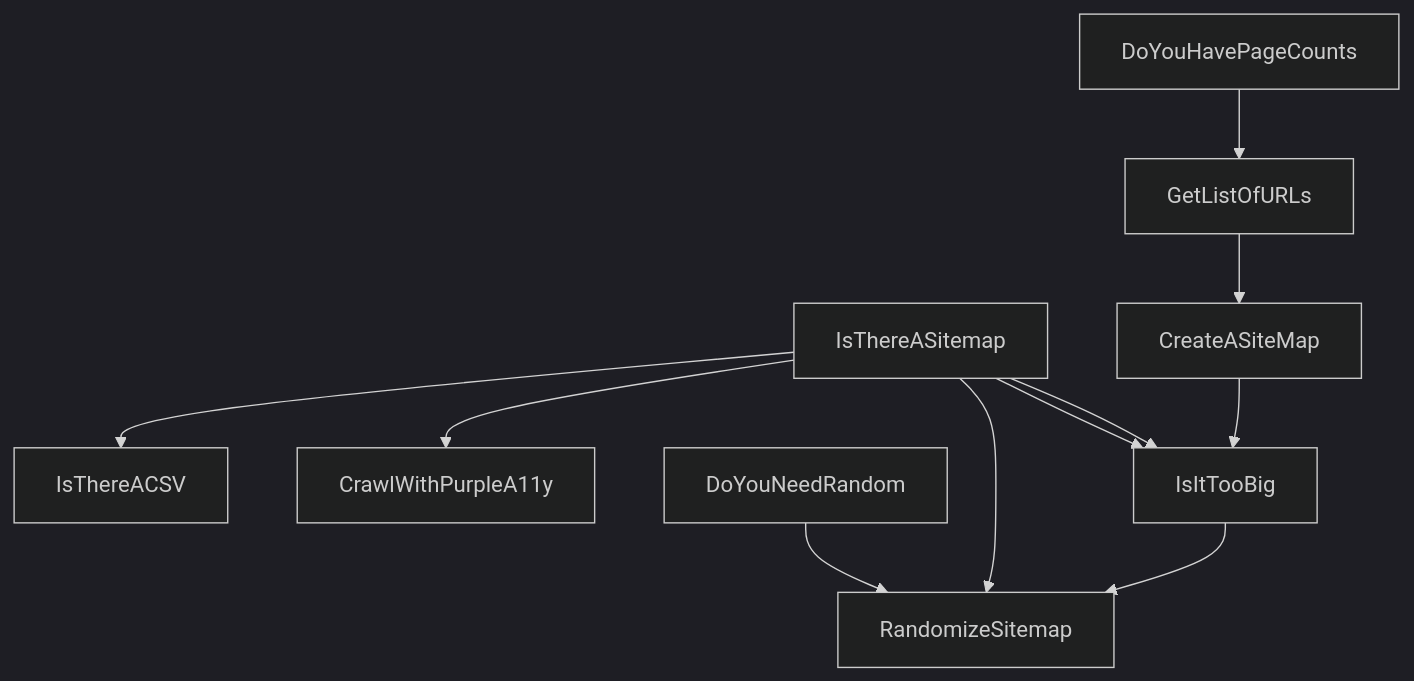
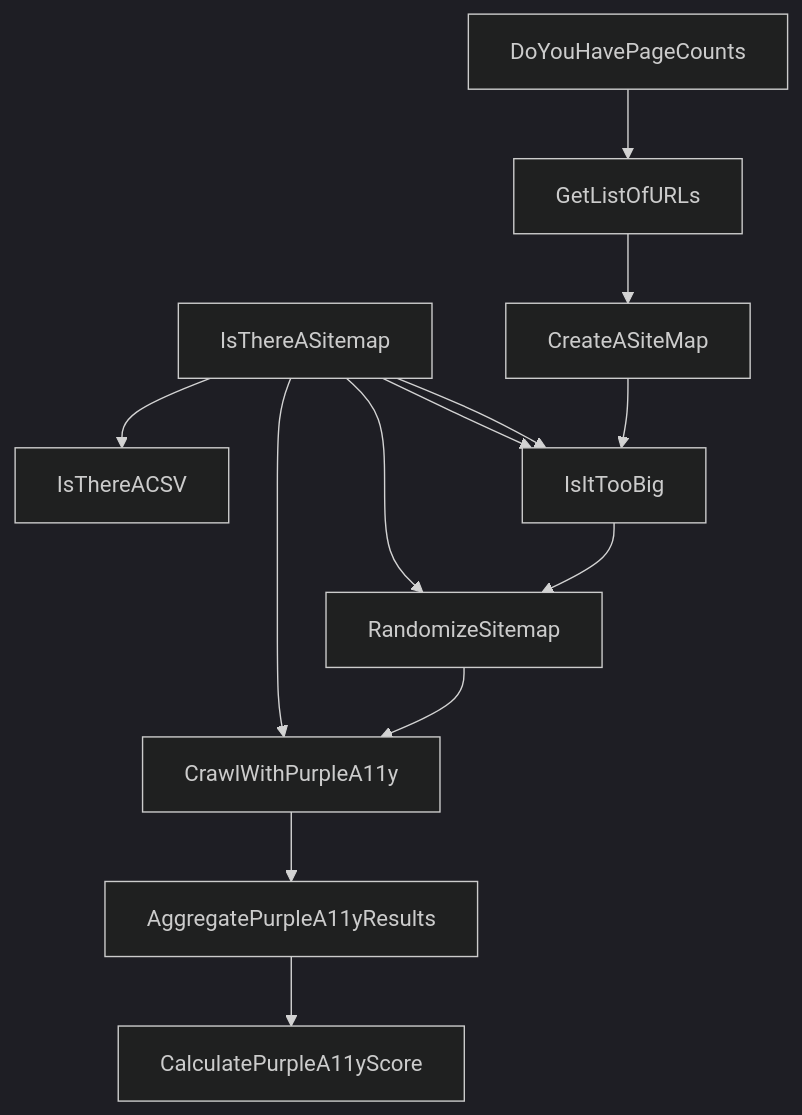
Before and after one commit to mgifford/purple-a11y: the diagram in sitemap-tools/decision-tree.md, drawn with Mermaid (dark theme).

````diff
--- a/sitemap-tools/decision-tree.md
+++ b/sitemap-tools/decision-tree.md
@@ -3,14 +3,16 @@
 ```mermaid
 graph TD;
     IsThereASitemap-->IsThereACSV;
     DoYouHavePageCounts-->GetListOfURLs;
     GetListOfURLs-->CreateASiteMap;
     IsThereASitemap-->CrawlWithPurpleA11y;
-    DoYouNeedRandom-->RandomizeSitemap;
     IsThereASitemap-->IsItTooBig;
     IsThereASitemap-->RandomizeSitemap;
     IsThereASitemap-->IsItTooBig;
     CreateASiteMap-->IsItTooBig;
     IsItTooBig-->RandomizeSitemap;
+    RandomizeSitemap-->CrawlWithPurpleA11y;
+    CrawlWithPurpleA11y-->AggregatePurpleA11yResults;
+    AggregatePurpleA11yResults-->CalculatePurpleA11yScore
 
 ```
````
